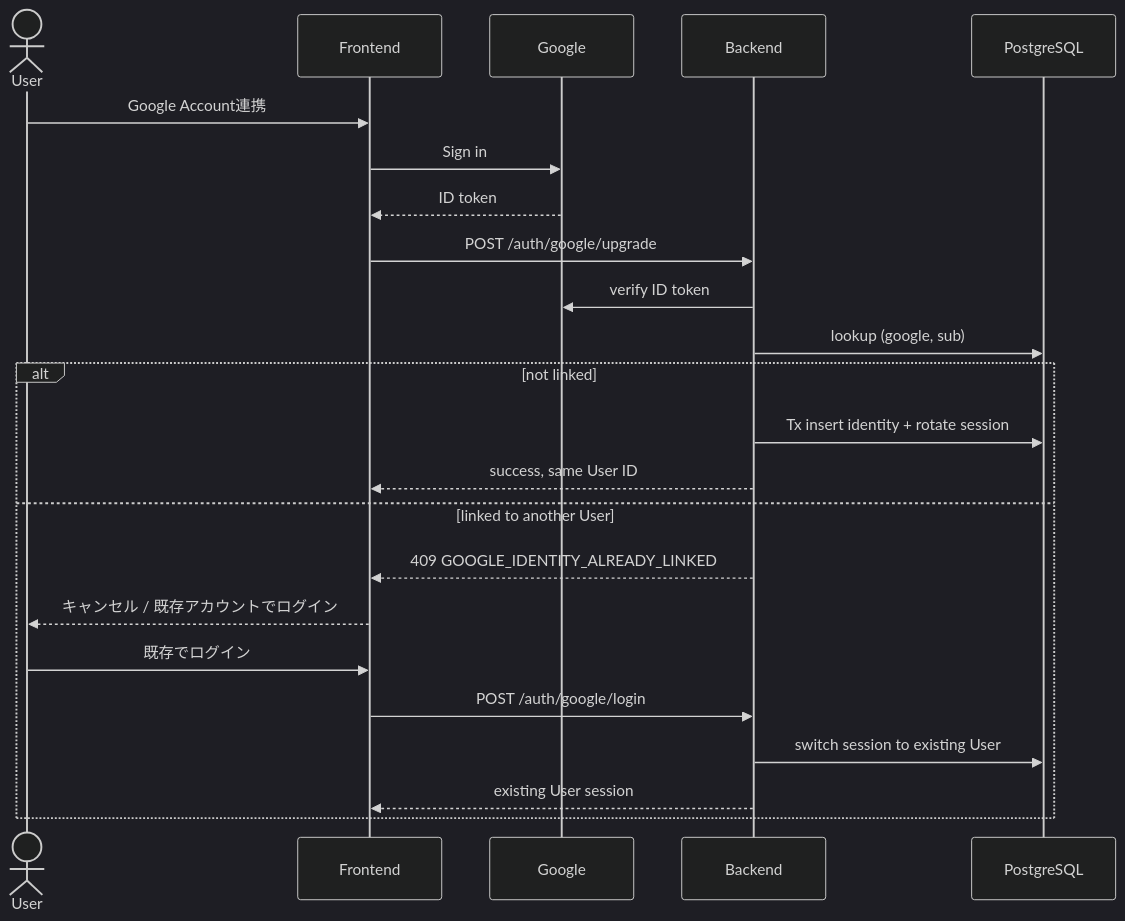
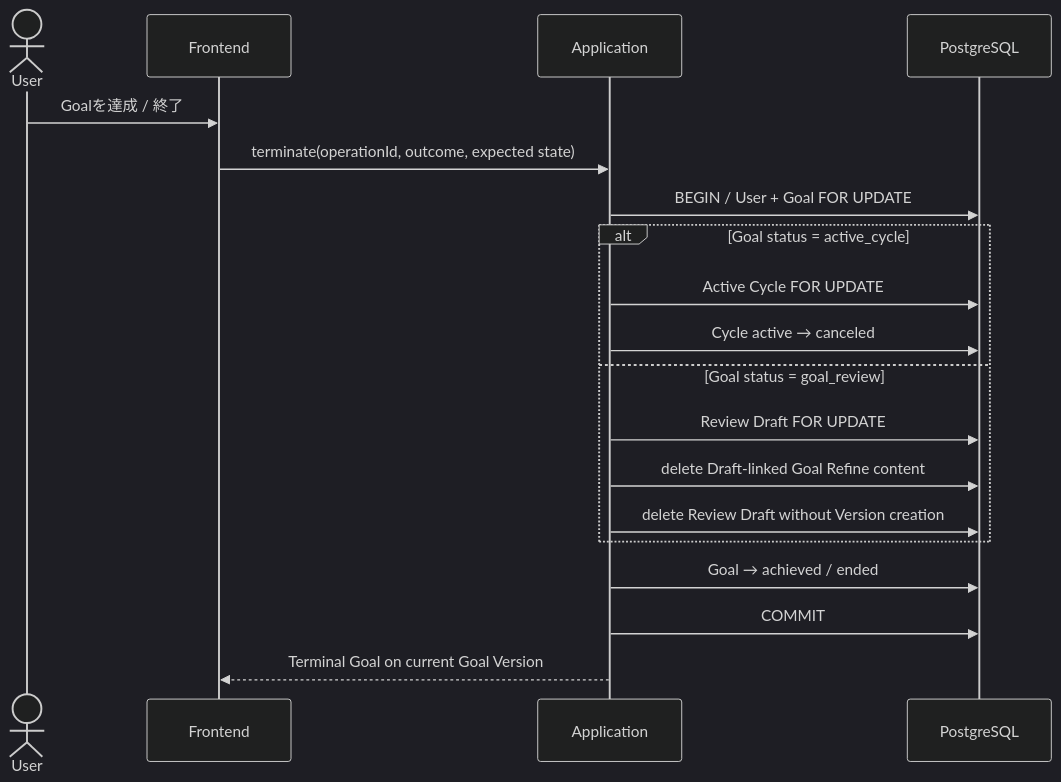
One commit to fukamu/cycle changed the tenth of 12 diagrams in docs/design.md. Above: the diagram before and after it, drawn with Mermaid (dark theme). The commit also changed other lines of this file, not shown here.

Commit message:
docs: install current PDCAI source of truth

````diff
--- a/docs/design.md
+++ b/docs/design.md
@@ -1625,26 +2015,22 @@
 ```mermaid
 sequenceDiagram
     actor U as User
     participant F as Frontend
-    participant G as Google
-    participant B as Backend
+    participant B as Application
     participant DB as PostgreSQL
 
-    U->>F: Google Account連携
-    F->>G: Sign in
-    G-->>F: ID token
-    F->>B: POST /auth/google/upgrade
-    B->>G: verify ID token
-    B->>DB: lookup (google, sub)
-    alt not linked
-        B->>DB: Tx insert identity + rotate session
-        B-->>F: success, same User ID
-    else linked to another User
-        B-->>F: 409 GOOGLE_IDENTITY_ALREADY_LINKED
-        F-->>U: キャンセル / 既存アカウントでログイン
-        U->>F: 既存でログイン
-        F->>B: POST /auth/google/login
-        B->>DB: switch session to existing User
-        B-->>F: existing User session
+    U->>F: Goalを達成 / 終了
+    F->>B: terminate(operationId, outcome, expected state)
+    B->>DB: BEGIN / User + Goal FOR UPDATE
+    alt Goal status = active_cycle
+        B->>DB: Active Cycle FOR UPDATE
+        B->>DB: Cycle active → canceled
+    else Goal status = goal_review
+        B->>DB: Review Draft FOR UPDATE
+        B->>DB: delete Draft-linked Goal Refine content
+        B->>DB: delete Review Draft without Version creation
     end
+    B->>DB: Goal → achieved / ended
+    B->>DB: COMMIT
+    B-->>F: Terminal Goal on current Goal Version
 ```
````
